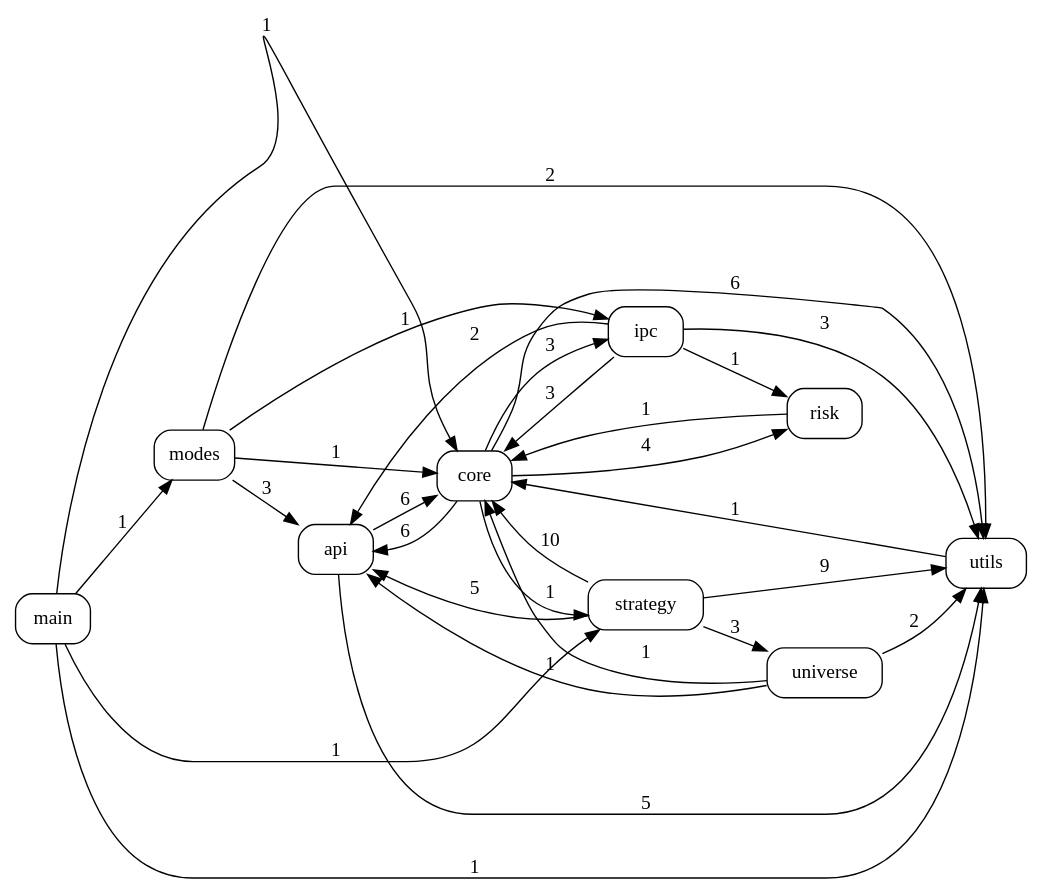
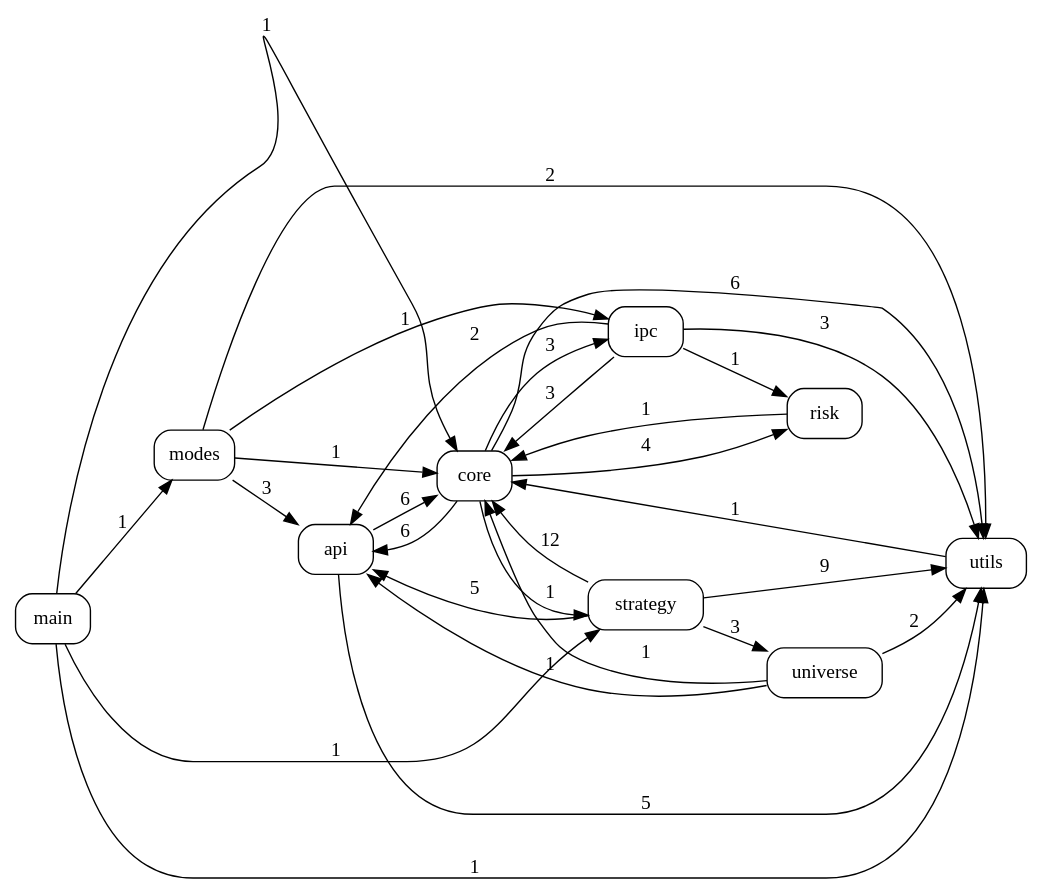
One commit to pypy8171/Quant changed the diagram in docs/code_graph.dot. Above: the diagram before and after it, drawn with Graphviz. The commit also changed 7 other files, not shown here.

```diff
--- a/docs/code_graph.dot
+++ b/docs/code_graph.dot
@@ -1,41 +1,41 @@
 digraph code_graph {
   rankdir=LR;
   node [shape=box, style=rounded, fontname="Consolas"];
   "api";
   "core";
   "ipc";
   "main";
   "modes";
   "risk";
   "strategy";
   "universe";
   "utils";
   "api" -> "core" [label="6"];
   "api" -> "utils" [label="5"];
   "core" -> "api" [label="6"];
   "core" -> "ipc" [label="3"];
   "core" -> "risk" [label="4"];
   "core" -> "strategy" [label="1"];
   "core" -> "utils" [label="6"];
   "ipc" -> "api" [label="2"];
   "ipc" -> "core" [label="3"];
   "ipc" -> "risk" [label="1"];
   "ipc" -> "utils" [label="3"];
   "main" -> "core" [label="1"];
   "main" -> "modes" [label="1"];
   "main" -> "strategy" [label="1"];
   "main" -> "utils" [label="1"];
   "modes" -> "api" [label="3"];
   "modes" -> "core" [label="1"];
   "modes" -> "ipc" [label="1"];
   "modes" -> "utils" [label="2"];
   "risk" -> "core" [label="1"];
   "strategy" -> "api" [label="5"];
-  "strategy" -> "core" [label="10"];
+  "strategy" -> "core" [label="12"];
   "strategy" -> "universe" [label="3"];
   "strategy" -> "utils" [label="9"];
   "universe" -> "api" [label="1"];
   "universe" -> "core" [label="1"];
   "universe" -> "utils" [label="2"];
   "utils" -> "core" [label="1"];
 }
```
